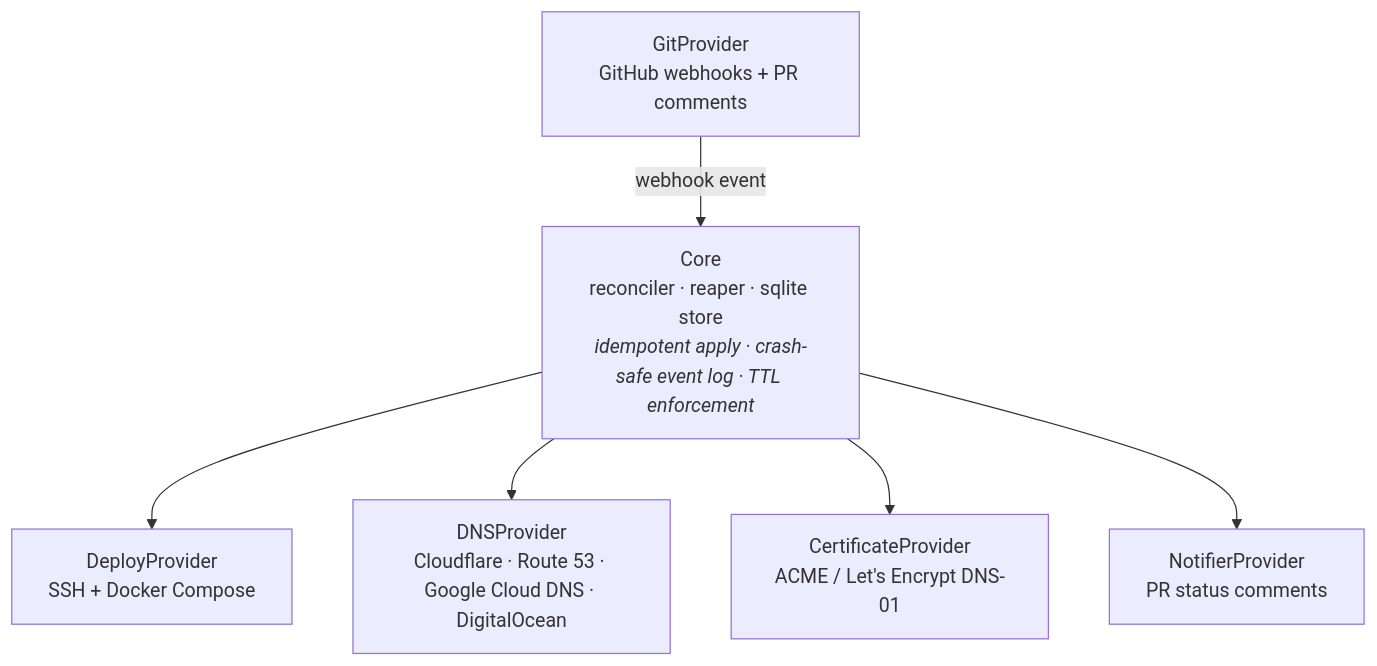
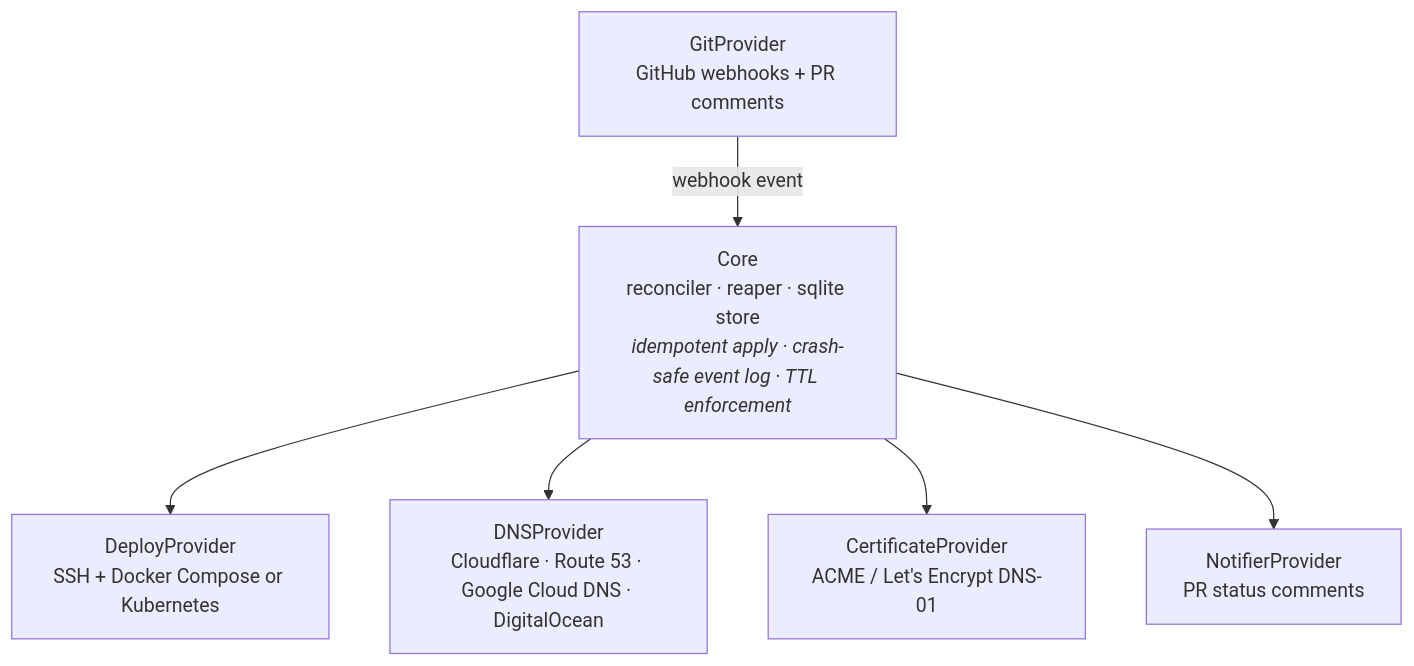
The first of 2 diagrams in README.md (khanalsaroj/ramify), drawn with Mermaid before and after one commit. The commit also changed other lines of this file and 8 other files, not shown here.

First line of the commit message:
feat: add Kubernetes `DeployProvider` with `kubectl` implementation

````diff
--- a/README.md
+++ b/README.md
@@ -84,15 +85,15 @@
 ```mermaid
 flowchart TB
     Core["Core<br/>reconciler · reaper · sqlite store<br/><i>idempotent apply · crash-safe event log · TTL enforcement</i>"]
     GH["GitProvider<br/>GitHub webhooks + PR comments"]
-    DP["DeployProvider<br/>SSH + Docker Compose"]
+    DP["DeployProvider<br/>SSH + Docker Compose or Kubernetes"]
     DNS["DNSProvider<br/>Cloudflare · Route 53 · Google Cloud DNS · DigitalOcean"]
     CERT["CertificateProvider<br/>ACME / Let's Encrypt DNS-01"]
     NOT["NotifierProvider<br/>PR status comments"]
 
     GH -- "webhook event" --> Core
     Core --> DP
     Core --> DNS
     Core --> CERT
     Core --> NOT
 ```
````
